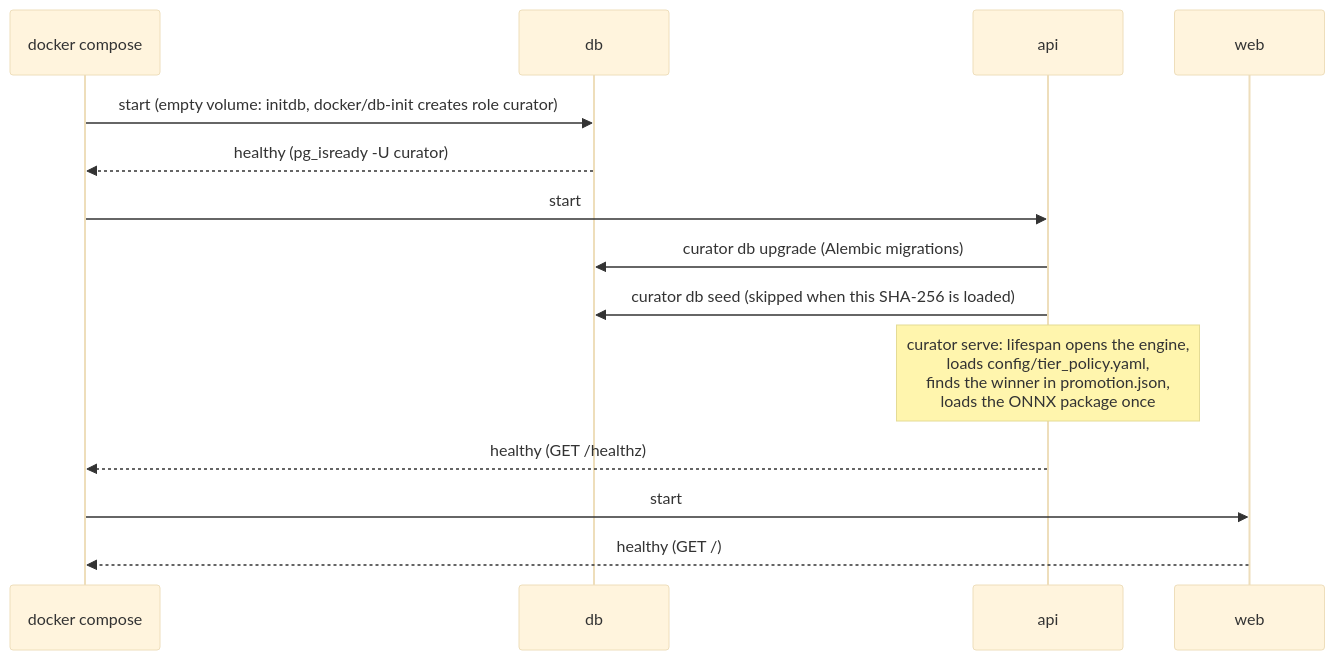
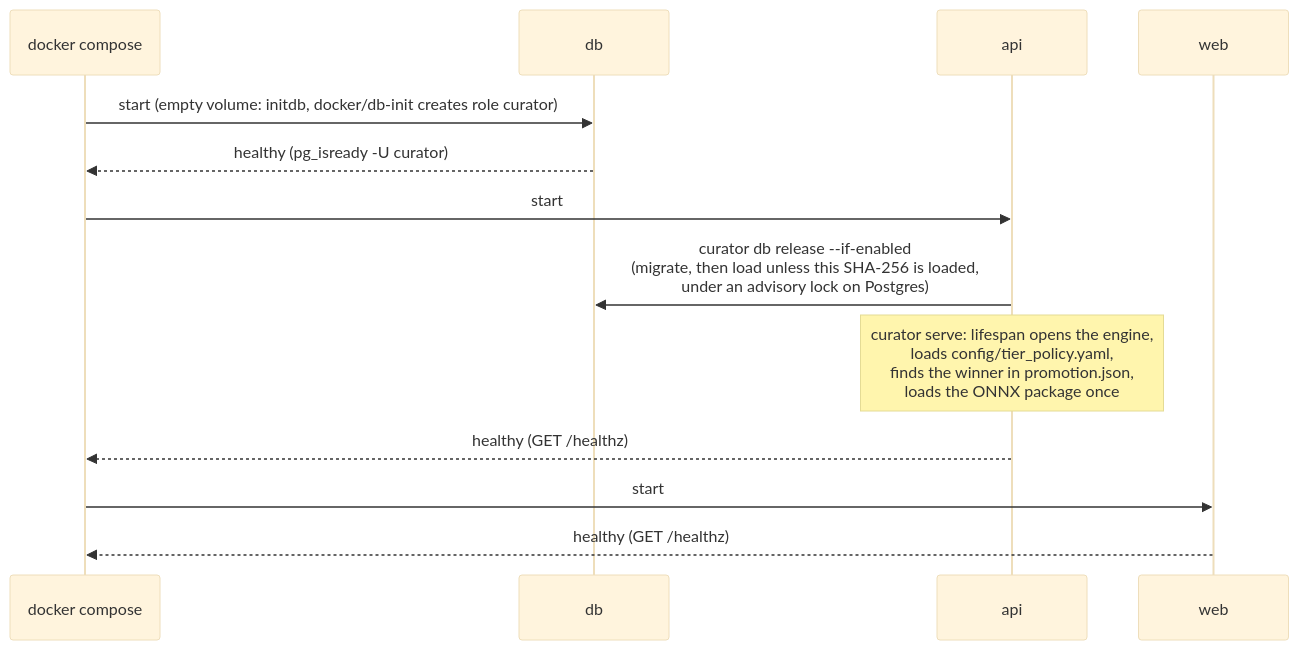
Before and after one commit to amit-badave-04/hotel-curator: the third of 6 diagrams in docs/architecture/online.md, drawn with Mermaid (base theme). The commit also changed other lines of this file and 34 other files, not shown here.

````diff
--- a/docs/architecture/online.md
+++ b/docs/architecture/online.md
@@ -53,16 +102,15 @@
 ```mermaid
 sequenceDiagram
   participant C as docker compose
   participant D as db
   participant A as api
   participant W as web
   C->>D: start (empty volume: initdb, docker/db-init creates role curator)
   D-->>C: healthy (pg_isready -U curator)
   C->>A: start
-  A->>D: curator db upgrade (Alembic migrations)
-  A->>D: curator db seed (skipped when this SHA-256 is loaded)
+  A->>D: curator db release --if-enabled<br/>(migrate, then load unless this SHA-256 is loaded,<br/>under an advisory lock on Postgres)
   Note over A: curator serve: lifespan opens the engine,<br/>loads config/tier_policy.yaml,<br/>finds the winner in promotion.json,<br/>loads the ONNX package once
   A-->>C: healthy (GET /healthz)
   C->>W: start
-  W-->>C: healthy (GET /)
+  W-->>C: healthy (GET /healthz)
 ```
````
